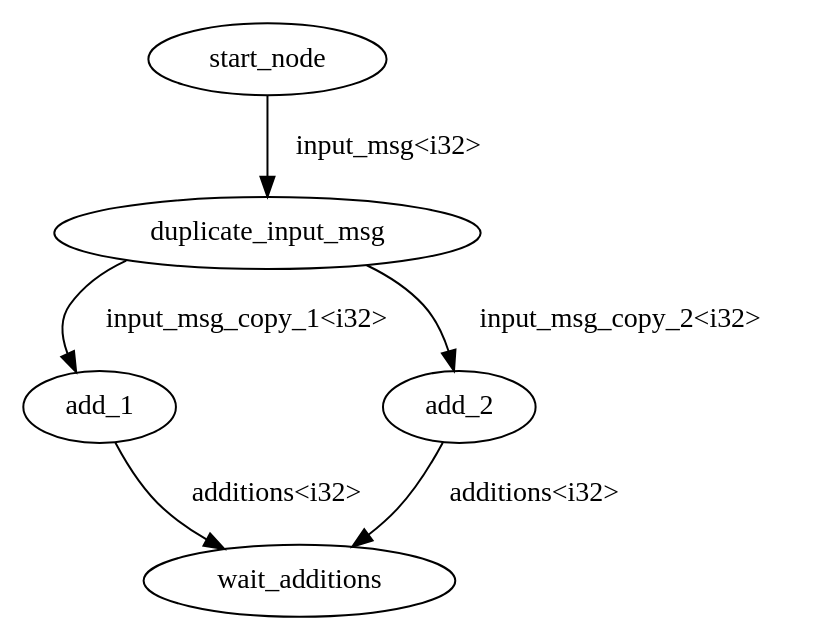
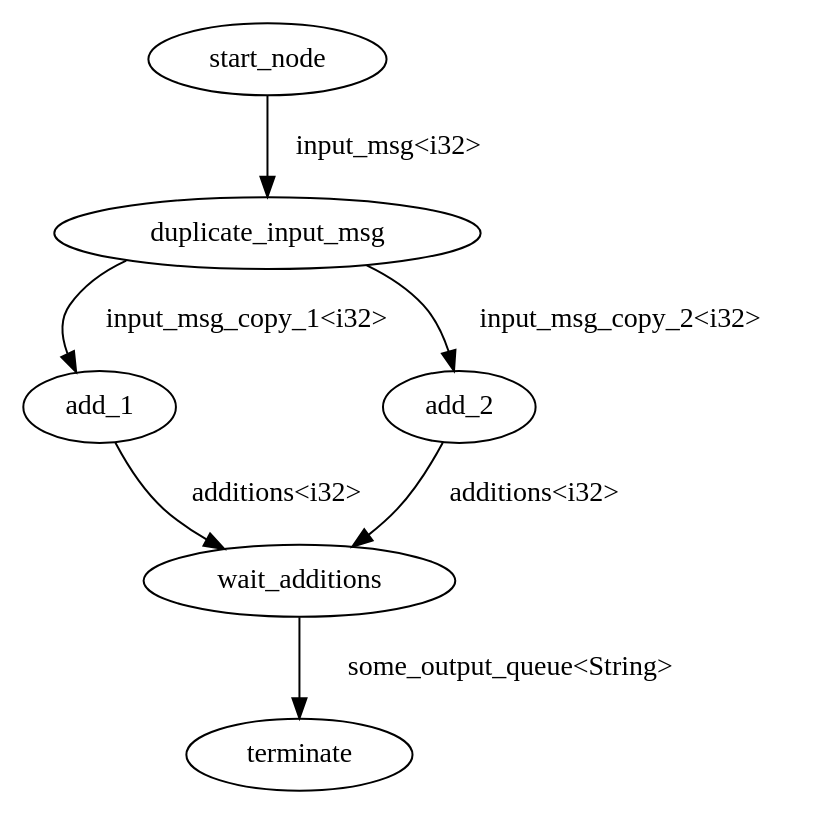
One commit to qwfy/dge changed the diagram in dge-example/src/generated/graph.dot. Above: the diagram before and after it, drawn with Graphviz. The commit also changed 8 other files, not shown here.

```diff
--- a/dge-example/src/generated/graph.dot
+++ b/dge-example/src/generated/graph.dot
@@ -1,12 +1,14 @@
 digraph {
     0 [ label = "start_node" ]
     1 [ label = "duplicate_input_msg" ]
     2 [ label = "add_1" ]
     3 [ label = "add_2" ]
     4 [ label = "wait_additions" ]
+    5 [ label = "terminate" ]
     0 -> 1 [ label = "input_msg<i32>" ]
     1 -> 2 [ label = "input_msg_copy_1<i32>" ]
     1 -> 3 [ label = "input_msg_copy_2<i32>" ]
     2 -> 4 [ label = "additions<i32>" ]
     3 -> 4 [ label = "additions<i32>" ]
+    4 -> 5 [ label = "some_output_queue<String>" ]
 }
```
